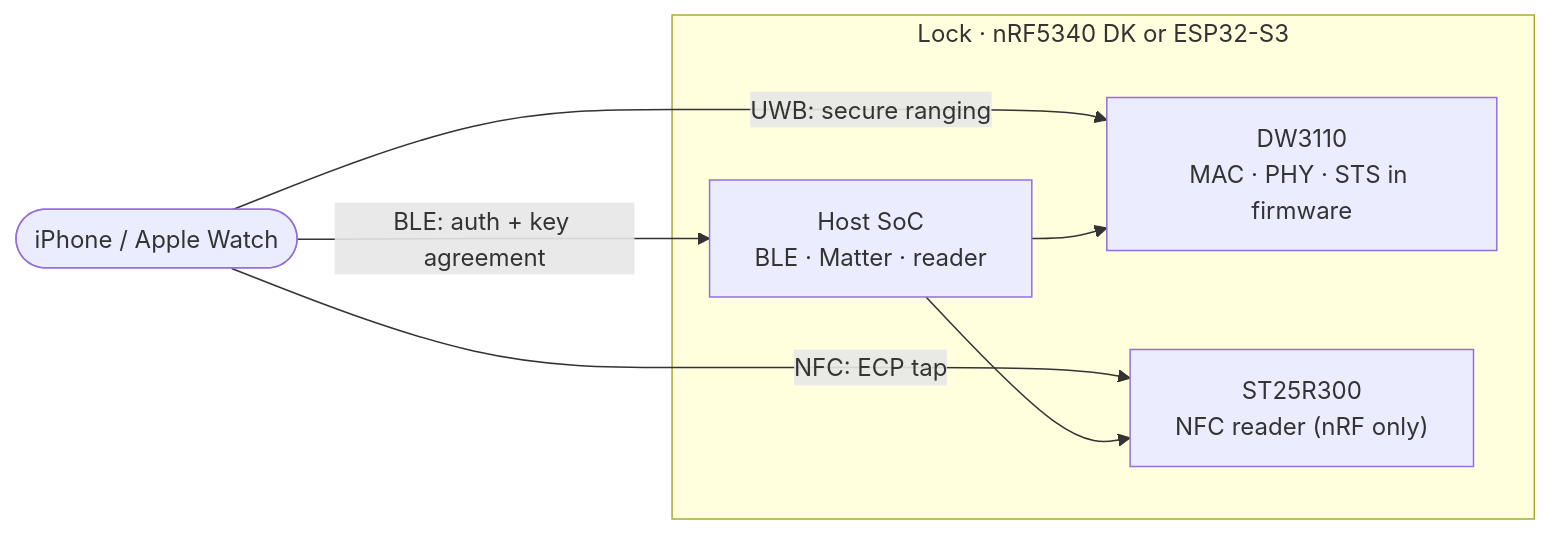
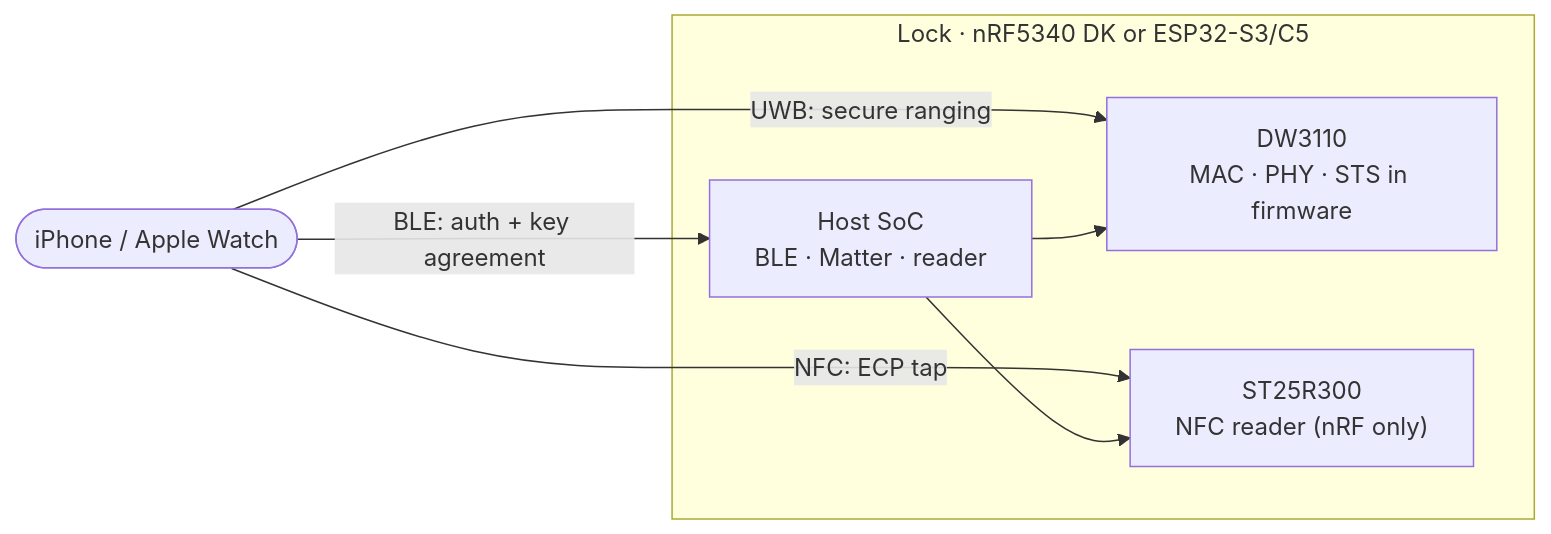
Before and after one commit to jonathan-shc/UWB: the diagram in README.md, drawn with Mermaid. The commit also changed other lines of this file and 25 other files, not shown here.

````diff
--- a/README.md
+++ b/README.md
@@ -177,14 +203,14 @@
 ```mermaid
 flowchart LR
   phone(["iPhone / Apple Watch"])
   phone -- "BLE: auth + key agreement" --> soc
   phone -- "UWB: secure ranging" --> uwb
   phone -- "NFC: ECP tap" --> nfc
-  subgraph lock ["Lock · nRF5340 DK or ESP32-S3"]
+  subgraph lock ["Lock · nRF5340 DK or ESP32-S3/C5"]
     soc["Host SoC<br/>BLE · Matter · reader"]
     uwb["DW3110<br/>MAC · PHY · STS in firmware"]
     nfc["ST25R300<br/>NFC reader (nRF only)"]
     soc --> uwb
     soc --> nfc
   end
 ```
````
